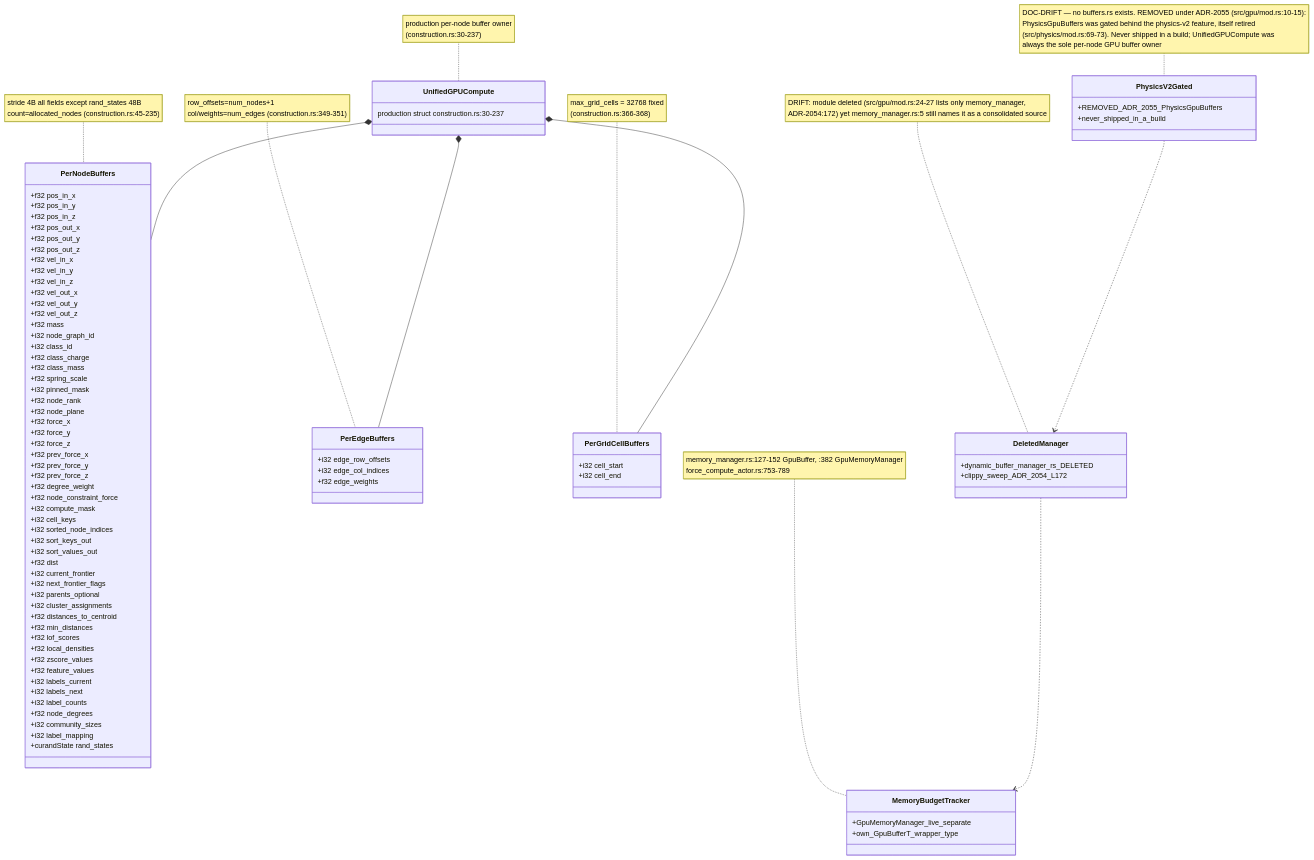
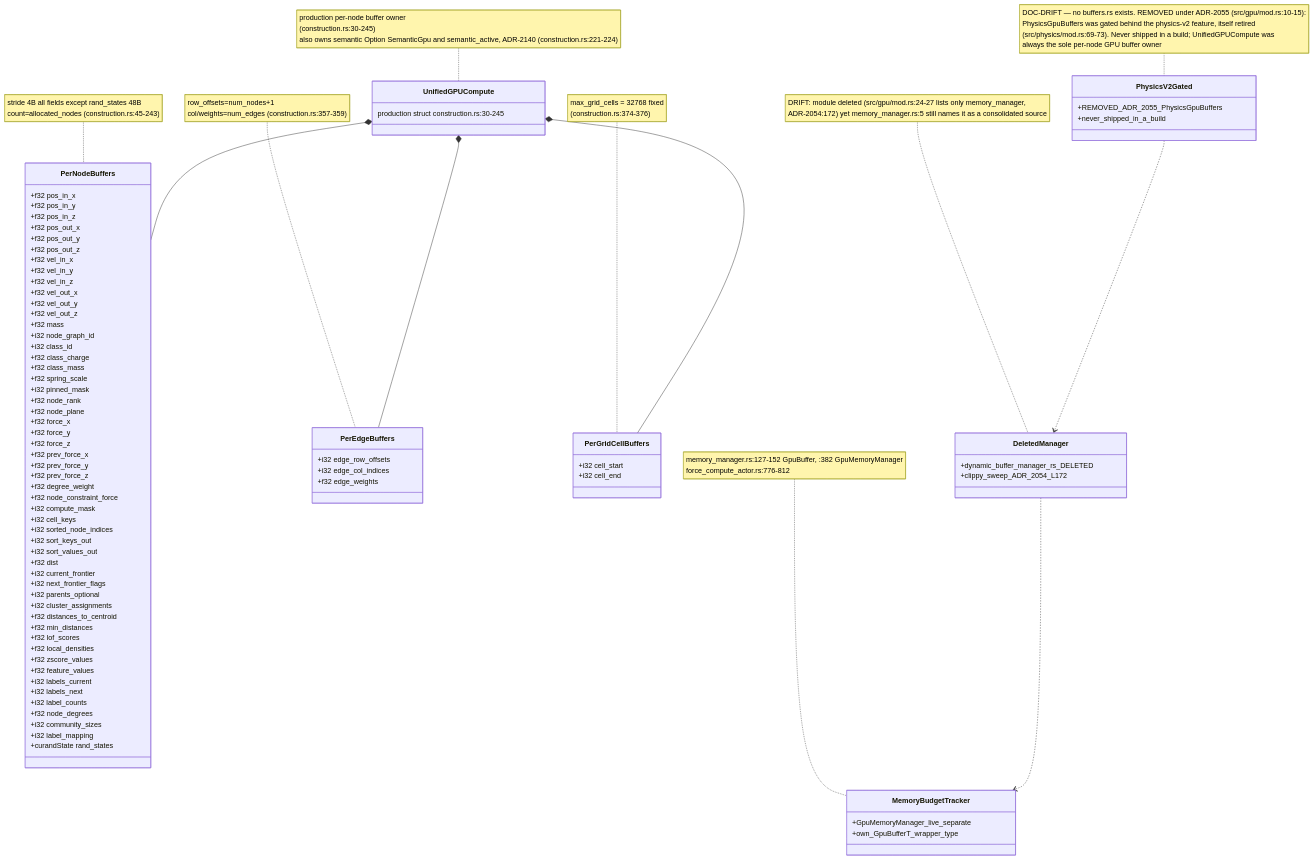
One commit to DreamLab-AI/VisionFlow changed the third of 7 diagrams in docs/diagrams/visionclaw/12-simparams-abi-and-ptx.md. Above: the diagram before and after it, drawn with Mermaid. The commit also changed other lines of this file and 160 other files, not shown here.

````diff
--- a/docs/diagrams/visionclaw/12-simparams-abi-and-ptx.md
+++ b/docs/diagrams/visionclaw/12-simparams-abi-and-ptx.md
@@ -211,7 +216,7 @@
         +i32 cell_end
     }
     class UnifiedGPUCompute {
-        production struct construction.rs:30-237
+        production struct construction.rs:30-245
     }
     class PhysicsV2Gated {
         +REMOVED_ADR_2055_PhysicsGpuBuffers
@@ -231,11 +236,11 @@
     PhysicsV2Gated ..> DeletedManager
     DeletedManager ..> MemoryBudgetTracker
 
-    note for PerNodeBuffers "stride 4B all fields except rand_states 48B<br/>count=allocated_nodes (construction.rs:45-235)"
-    note for PerEdgeBuffers "row_offsets=num_nodes+1<br/>col/weights=num_edges (construction.rs:349-351)"
-    note for PerGridCellBuffers "max_grid_cells = 32768 fixed<br/>(construction.rs:366-368)"
-    note for UnifiedGPUCompute "production per-node buffer owner<br/>(construction.rs:30-237)"
+    note for PerNodeBuffers "stride 4B all fields except rand_states 48B<br/>count=allocated_nodes (construction.rs:45-243)"
+    note for PerEdgeBuffers "row_offsets=num_nodes+1<br/>col/weights=num_edges (construction.rs:357-359)"
+    note for PerGridCellBuffers "max_grid_cells = 32768 fixed<br/>(construction.rs:374-376)"
+    note for UnifiedGPUCompute "production per-node buffer owner<br/>(construction.rs:30-245)<br/>also owns semantic Option SemanticGpu and semantic_active, ADR-2140 (construction.rs:221-224)"
     note for PhysicsV2Gated "DOC-DRIFT — no buffers.rs exists. REMOVED under ADR-2055 (src/gpu/mod.rs:10-15):<br/>PhysicsGpuBuffers was gated behind the physics-v2 feature, itself retired<br/>(src/physics/mod.rs:69-73). Never shipped in a build; UnifiedGPUCompute was<br/>always the sole per-node GPU buffer owner"
     note for DeletedManager "DRIFT: module deleted (src/gpu/mod.rs:24-27 lists only memory_manager,<br/>ADR-2054:172) yet memory_manager.rs:5 still names it as a consolidated source"
-    note for MemoryBudgetTracker "memory_manager.rs:127-152 GpuBuffer, :382 GpuMemoryManager<br/>force_compute_actor.rs:753-789"
+    note for MemoryBudgetTracker "memory_manager.rs:127-152 GpuBuffer, :382 GpuMemoryManager<br/>force_compute_actor.rs:776-812"
 ```
````
